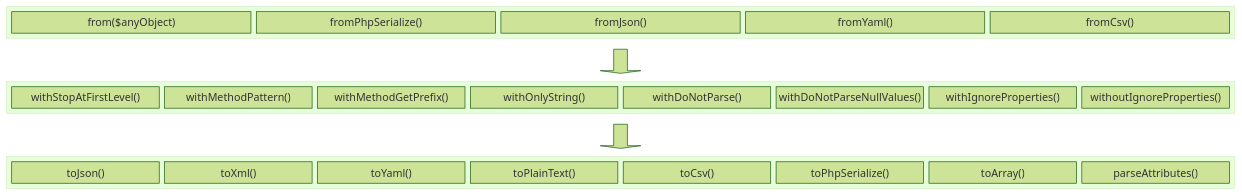
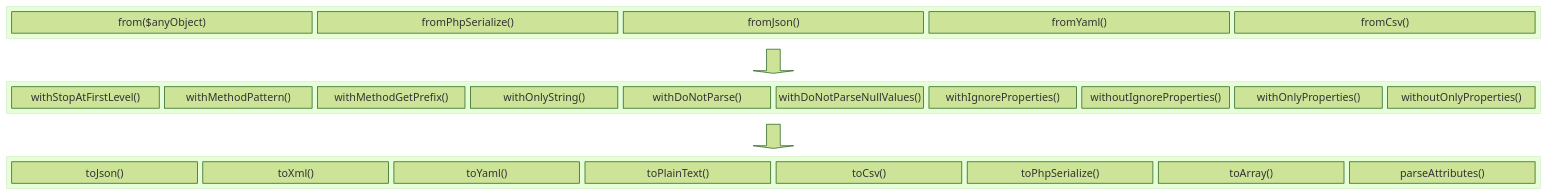
The diagram in docs/serialize.md (byjg/php-serializer), drawn with Mermaid (forest theme) before and after one commit. The commit also changed other lines of this file and 2 other files, not shown here.

Commit message:
Add support for `withOnlyProperties()` and `withoutOnlyProperties()` modifiers for selective serialization

````diff
--- a/docs/serialize.md
+++ b/docs/serialize.md
@@ -13,37 +13,39 @@
 ```mermaid
 block-beta
 columns 1
     block:ID
         f1["from($anyObject)"]
         f2["fromPhpSerialize()"]
         f3["fromJson()"]
         f4["fromYaml()"]
         f5["fromCsv()"]
     end
 
     down<["&nbsp;&nbsp;&nbsp;"]>(down)
 
     block:Transformers
         t1["withStopAtFirstLevel()"]
         t2["withMethodPattern()"]
         t3["withMethodGetPrefix()"]
         t4["withOnlyString()"]
         t5["withDoNotParse()"]
         t6["withDoNotParseNullValues()"]
         t7["withIgnoreProperties()"]
         t8["withoutIgnoreProperties()"]
+        t9["withOnlyProperties()"]
+        t10["withoutOnlyProperties()"]
     end
 
     down2<["&nbsp;&nbsp;&nbsp;"]>(down)
 
     block:Output
         o1["toJson()"]
         o2["toXml()"]
         o3["toYaml()"]
         o4["toPlainText()"]
         o5["toCsv()"]
         o6["toPhpSerialize()"]
         o7["toArray()"]
         o8["parseAttributes()"]
     end
 ```
````
